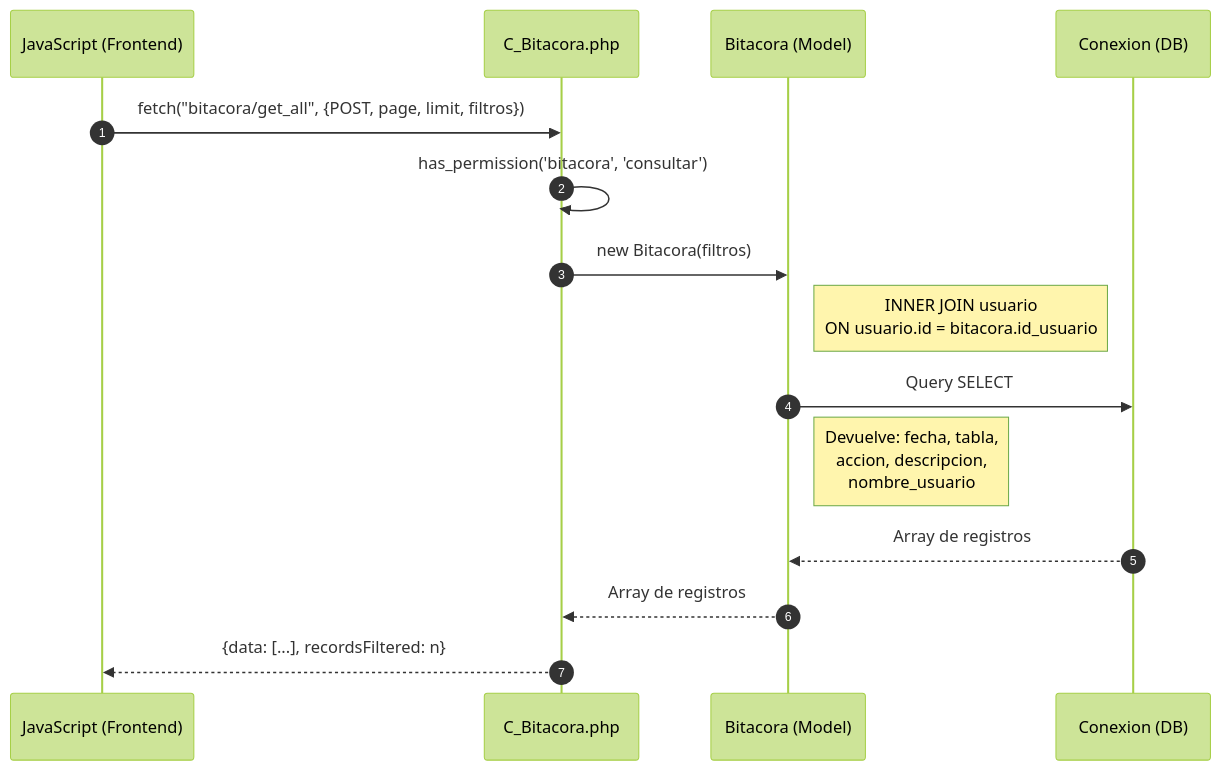
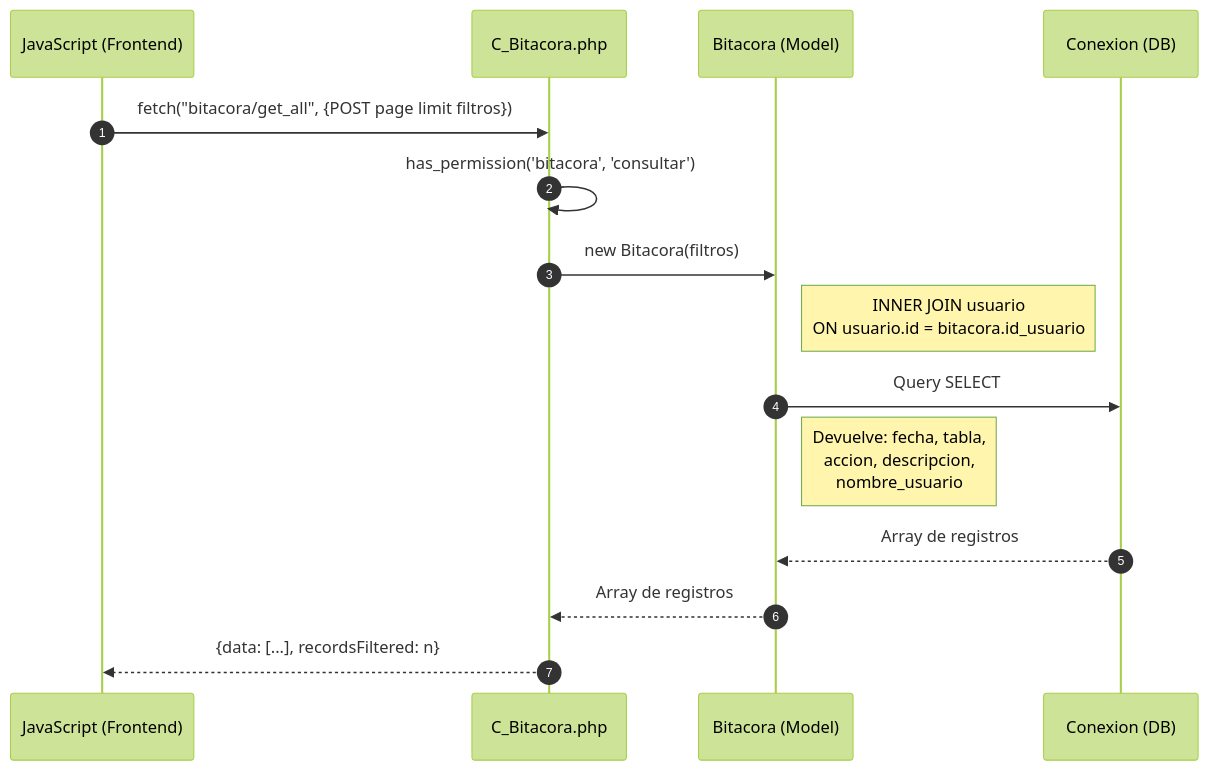
The second of 4 diagrams in docs/secuencia/bitacora/bitacora.md (Tecrato/BurgerHouse), drawn with Mermaid (forest theme) before and after one commit. The commit also changed other lines of this file and 13 other files, not shown here.

Commit message:
diagramas de secuencia

````diff
--- a/docs/secuencia/bitacora/bitacora.md
+++ b/docs/secuencia/bitacora/bitacora.md
@@ -32,22 +26,22 @@
 ```mermaid
 sequenceDiagram
     autonumber
     participant JS as JavaScript (Frontend)
     participant C_Bitacora as C_Bitacora.php
     participant Bitacora as Bitacora (Model)
     participant DB as Conexion (DB)
     
-    JS->>C_Bitacora: fetch("bitacora/get_all", {POST, page, limit, filtros})
+    JS->>C_Bitacora: fetch("bitacora/get_all", {POST page limit filtros})
     
     C_Bitacora->>C_Bitacora: has_permission('bitacora', 'consultar')
     
     C_Bitacora->>Bitacora: new Bitacora(filtros)
     
     Note right of Bitacora: INNER JOIN usuario<br/>ON usuario.id = bitacora.id_usuario
     Bitacora->>DB: Query SELECT
     Note right of Bitacora: Devuelve: fecha, tabla,<br/>accion, descripcion,<br/>nombre_usuario
     DB-->>Bitacora: Array de registros
     Bitacora-->>C_Bitacora: Array de registros
     
     C_Bitacora-->>JS: {data: [...], recordsFiltered: n}
 ```
````
